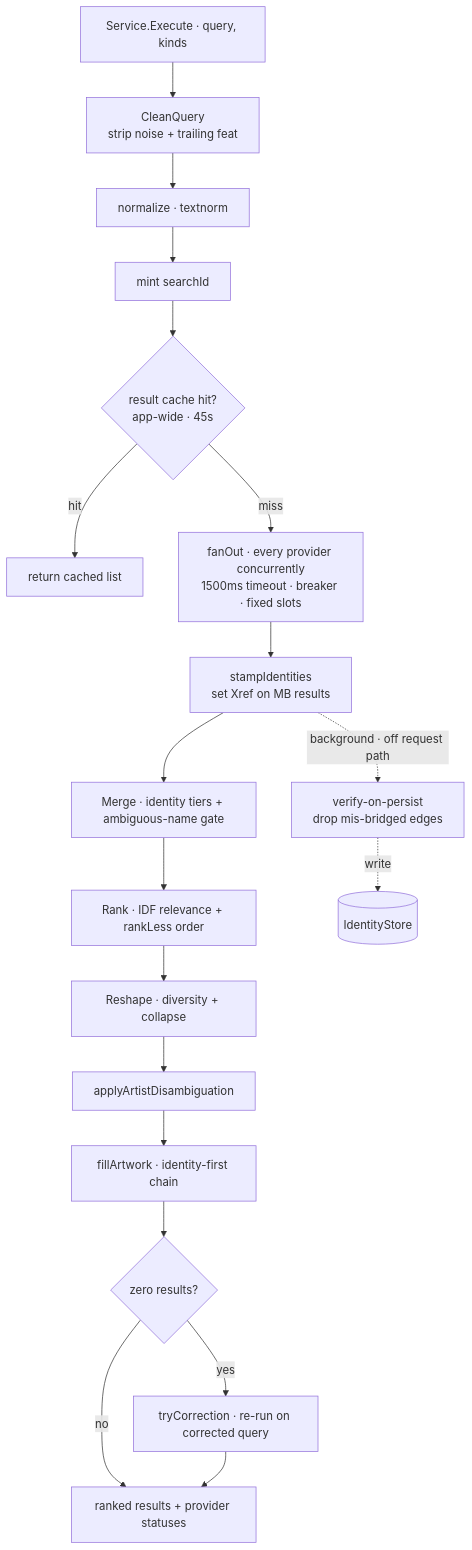
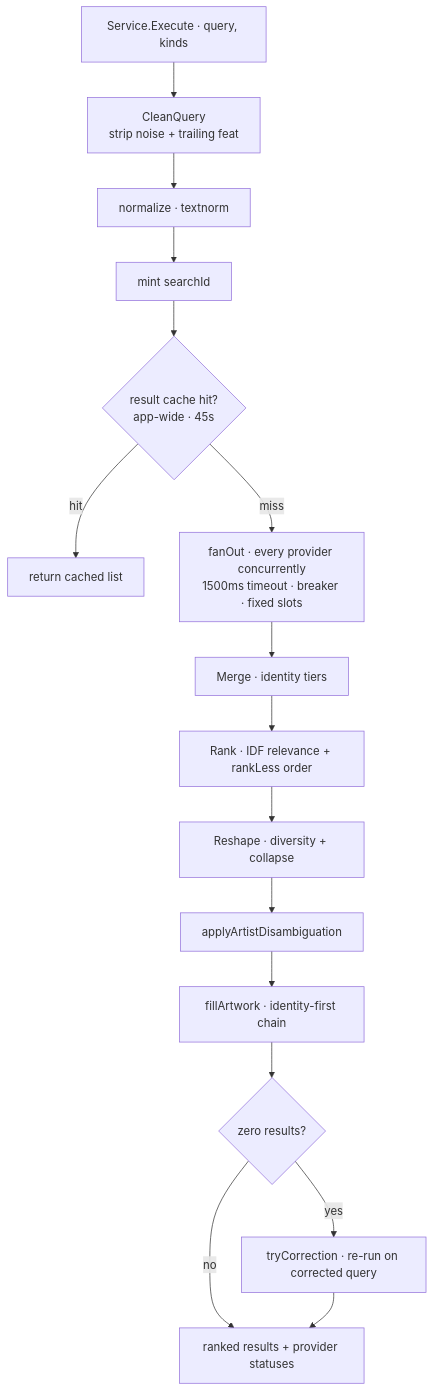
One commit to aleburrascano/altune changed the second of 6 diagrams in services/go-api/internal/discovery/ARCHITECTURE.md. Above: the diagram before and after it, drawn with Mermaid. The commit also changed other lines of this file and 53 other files, not shown here.

First line of the commit message:
refactor(discovery): delete the dead MBID path: merge's MBID and bridge tiers, the identity stamper and its verifier, the ambiguous-name gate; go-api baseline 1130 → 1109

````diff
--- a/services/go-api/internal/discovery/ARCHITECTURE.md
+++ b/services/go-api/internal/discovery/ARCHITECTURE.md
@@ -167,21 +168,18 @@
 ```mermaid
 flowchart TD
     EX["Service.Execute · query, kinds"] --> CLQ["CleanQuery<br/>strip noise + trailing feat"]
     CLQ --> NRM["normalize · textnorm"]
     NRM --> SID["mint searchId"]
     SID --> CACHE{"result cache hit?<br/>app-wide · 45s"}
     CACHE -->|hit| RET["return cached list"]
     CACHE -->|miss| FAN["fanOut · every provider concurrently<br/>1500ms timeout · breaker · fixed slots"]
-    FAN --> STAMP["stampIdentities<br/>set Xref on MB results"]
-    STAMP --> MERGE["Merge · identity tiers + ambiguous-name gate"]
+    FAN --> MERGE["Merge · identity tiers"]
     MERGE --> RANK["Rank · IDF relevance + rankLess order"]
     RANK --> RESHAPE["Reshape · diversity + collapse"]
     RESHAPE --> DIS["applyArtistDisambiguation"]
     DIS --> ARTF["fillArtwork · identity-first chain"]
     ARTF --> ZERO{"zero results?"}
     ZERO -->|yes| CORR["tryCorrection · re-run on corrected query"]
     ZERO -->|no| OUT["ranked results + provider statuses"]
     CORR --> OUT
-    STAMP -. "background · off request path" .-> VOP["verify-on-persist<br/>drop mis-bridged edges"]
-    VOP -. write .-> IDS[("IdentityStore")]
 ```
````
